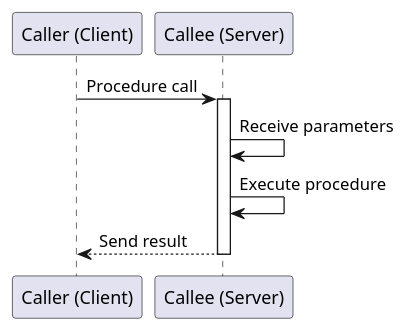
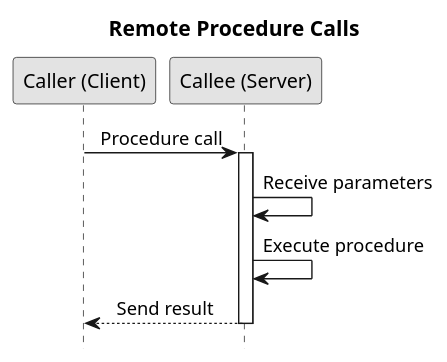
The diagram in grpc-java-examples/images/RPC.puml (c0p4c4b4n4/grpc-grpc-java), drawn with PlantUML before and after one commit. The commit also changed 3 other files, not shown here.

```diff
--- a/grpc-java-examples/images/RPC.puml
+++ b/grpc-java-examples/images/RPC.puml
@@ -1,14 +1,22 @@
 @startuml
+scale 1.1
+title Remote Procedure Calls
+hide footbox
+skinparam monochrome true
+skinparam defaultFontName Source Sans Pro
+skinparam titleFontSize 15
+skinparam sequenceMessageAlign center
+
 participant "Caller (Client)" as Client
 participant "Callee (Server)" as Server
 
 Client -> Server : Procedure call
 activate Server
 
 Server -> Server : Receive parameters
 Server -> Server : Execute procedure
 
 Server --> Client : Send result
 deactivate Server
 
 @enduml
```
